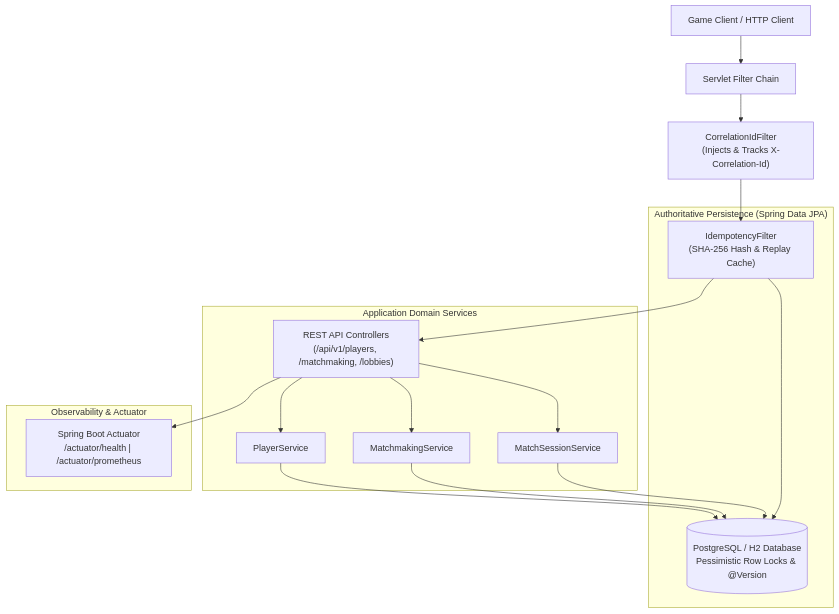
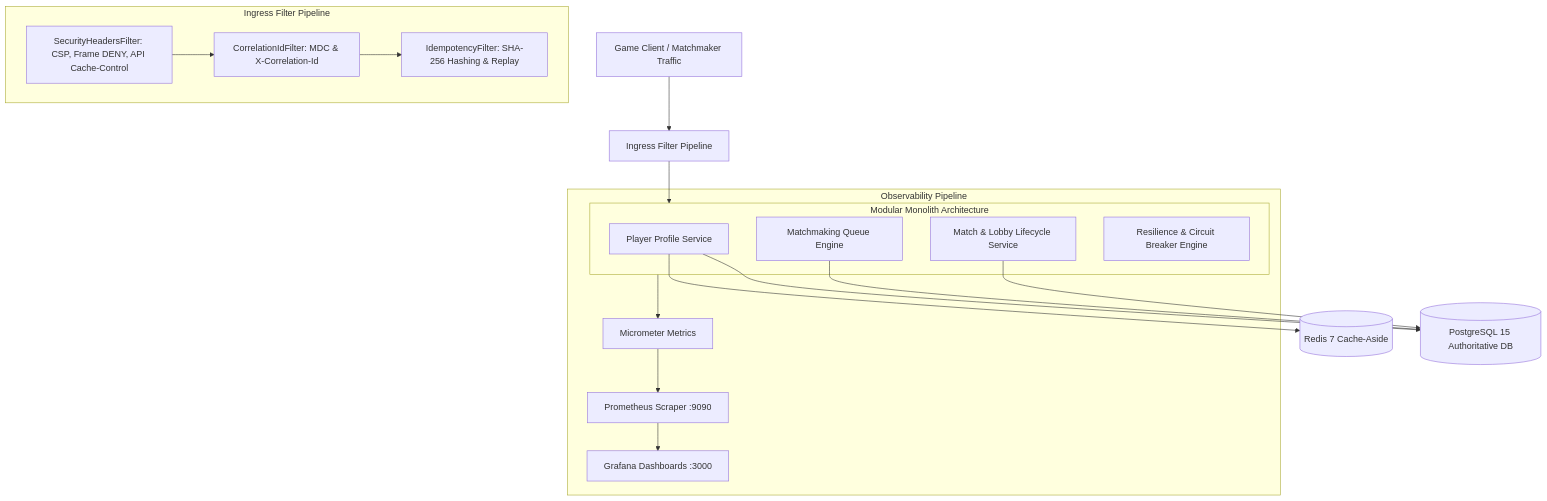
Before and after one commit to rohith-chitturi/GamePulse: the first of 2 diagrams in README.md, drawn with Mermaid. The commit also changed other lines of this file and 17 other files, not shown here.

````diff
--- a/README.md
+++ b/README.md
@@ -70,24 +22,30 @@
 ```mermaid
 flowchart TD
-    Client["Game Client / HTTP Client"] --> FilterChain["Servlet Filter Chain"]
-    FilterChain --> CorrFilter["CorrelationIdFilter<br/>(Injects & Tracks X-Correlation-Id)"]
-    CorrFilter --> IdemFilter["IdempotencyFilter<br/>(SHA-256 Hash & Replay Cache)"]
-    IdemFilter --> Controllers["REST API Controllers<br/>(/api/v1/players, /matchmaking, /lobbies)"]
+    Client[Game Client / Matchmaker Traffic] --> Ingress[Ingress Filter Pipeline]
     
-    subgraph Services ["Application Domain Services"]
-        Controllers --> PlayerSvc["PlayerService"]
-        Controllers --> MatchSvc["MatchmakingService"]
-        Controllers --> SessionSvc["MatchSessionService"]
+    subgraph Ingress Filter Pipeline
+        SecurityFilter[SecurityHeadersFilter: CSP, Frame DENY, API Cache-Control]
+        SecurityFilter --> CorrFilter[CorrelationIdFilter: MDC & X-Correlation-Id]
+        CorrFilter --> IdemFilter[IdempotencyFilter: SHA-256 Hashing & Replay]
     end
     
-    subgraph Persistence ["Authoritative Persistence (Spring Data JPA)"]
-        PlayerSvc --> DB[("PostgreSQL / H2 Database<br/>Pessimistic Row Locks & @Version")]
-        MatchSvc --> DB
-        SessionSvc --> DB
-        IdemFilter --> DB
+    Ingress --> CoreServices
+    
+    subgraph CoreServices [Modular Monolith Architecture]
+        PlayerSvc[Player Profile Service]
+        MatchSvc[Matchmaking Queue Engine]
+        LobbySvc[Match & Lobby Lifecycle Service]
+        ResilienceSvc[Resilience & Circuit Breaker Engine]
     end
     
-    subgraph Telemetry ["Observability & Actuator"]
-        Controllers --> Actuator["Spring Boot Actuator<br/>/actuator/health | /actuator/prometheus"]
+    PlayerSvc --> Cache[(Redis 7 Cache-Aside)]
+    PlayerSvc --> DB[(PostgreSQL 15 Authoritative DB)]
+    MatchSvc --> DB
+    LobbySvc --> DB
+    
+    subgraph Observability Pipeline
+        CoreServices --> Micrometer[Micrometer Metrics]
+        Micrometer --> Prometheus[Prometheus Scraper :9090]
+        Prometheus --> Grafana[Grafana Dashboards :3000]
     end
 ```
````
